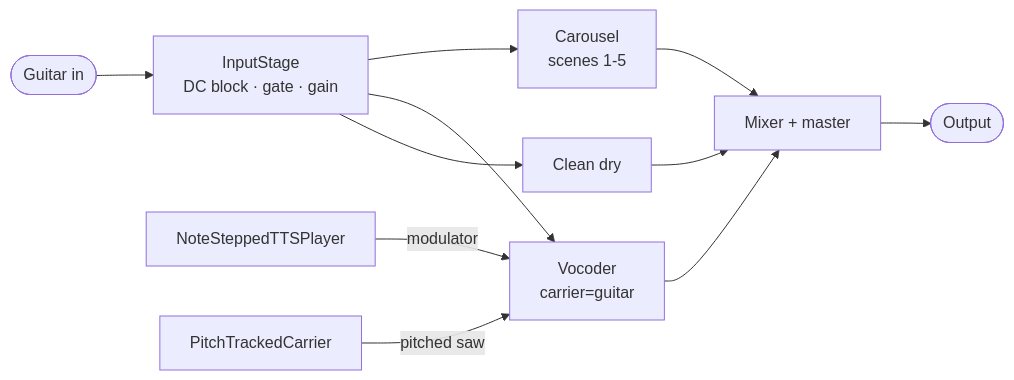
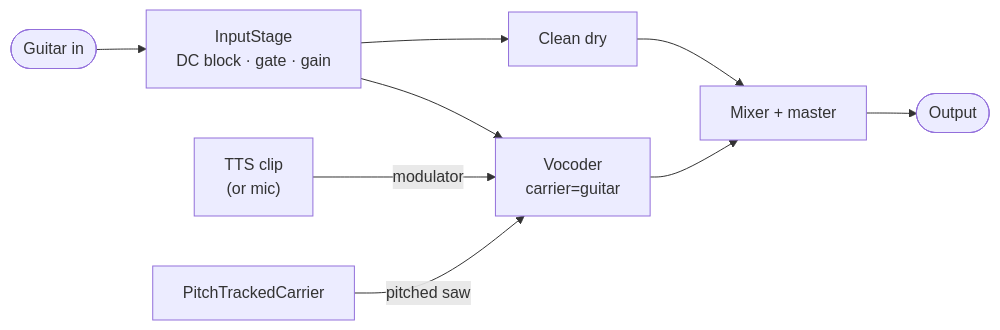
One commit to toddwashere/guitar-dsp changed the second of 2 diagrams in presentation/slides.md. Above: the diagram before and after it, drawn with Mermaid. The commit also changed other lines of this file, not shown here.

First line of the commit message:
docs(slides): purge Carousel, rename Sing slide, refresh stale facts

````diff
--- a/presentation/slides.md
+++ b/presentation/slides.md
@@ -386,13 +392,11 @@
 ```mermaid {scale: 0.7}
 flowchart LR
   Guitar([Guitar in]) --> Input["InputStage<br/>DC block · gate · gain"]
-  Input --> Carousel["Carousel<br/>scenes 1-5"]
   Input --> Vocoder["Vocoder<br/>carrier=guitar"]
   Input --> Clean["Clean dry"]
-  TTS["NoteSteppedTTSPlayer"] -- modulator --> Vocoder
+  TTS["TTS clip<br/>(or mic)"] -- modulator --> Vocoder
   Pitch["PitchTrackedCarrier"] -- pitched saw --> Vocoder
-  Carousel --> Mix["Mixer + master"]
-  Vocoder --> Mix
+  Vocoder --> Mix["Mixer + master"]
   Clean --> Mix
   Mix --> Out([Output])
 ```
````
